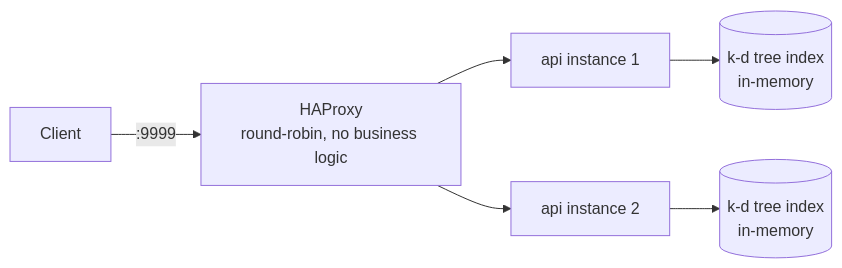
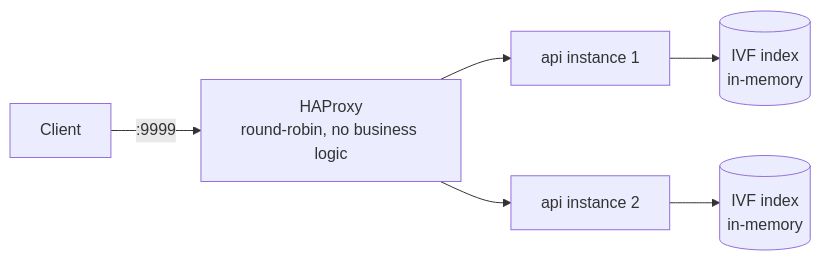
Before and after one commit to KauanCarvalho/rinha-de-backend-2026-fraud-detector: the diagram in .github/README.md, drawn with Mermaid. The commit also changed 26 other files, not shown here.

Commit message:
feat(knn): replace k-d tree with IVF + categorical partitioning, rename   KNN_MAX_EXTRA_LEAVES to KNN_NPROBE

````diff
--- a/.github/README.md
+++ b/.github/README.md
@@ -13,8 +13,8 @@
 ```mermaid
 flowchart LR
     Client -->|":9999"| LB[HAProxy<br/>round-robin, no business logic]
     LB --> API1[api instance 1]
     LB --> API2[api instance 2]
-    API1 --> IDX1[(k-d tree index<br/>in-memory)]
-    API2 --> IDX2[(k-d tree index<br/>in-memory)]
+    API1 --> IDX1[(IVF index<br/>in-memory)]
+    API2 --> IDX2[(IVF index<br/>in-memory)]
 ```
````
